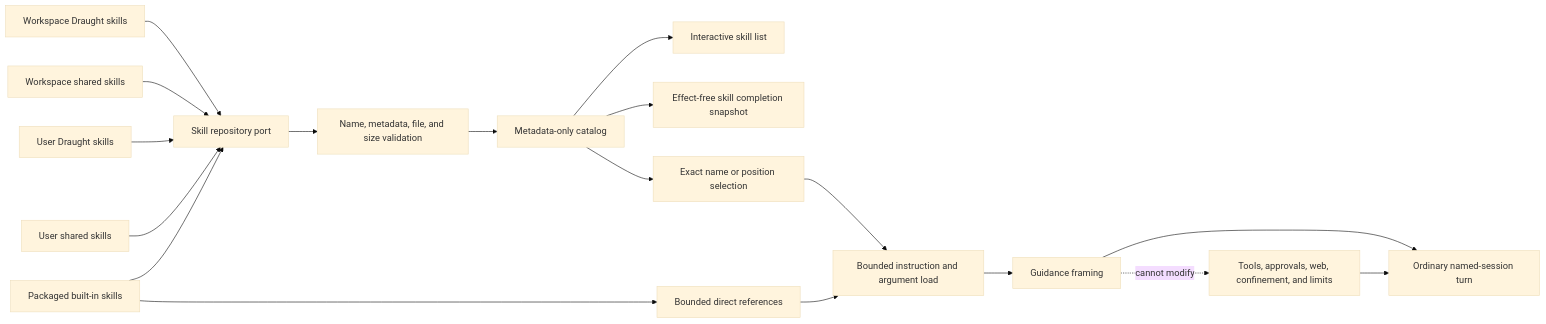
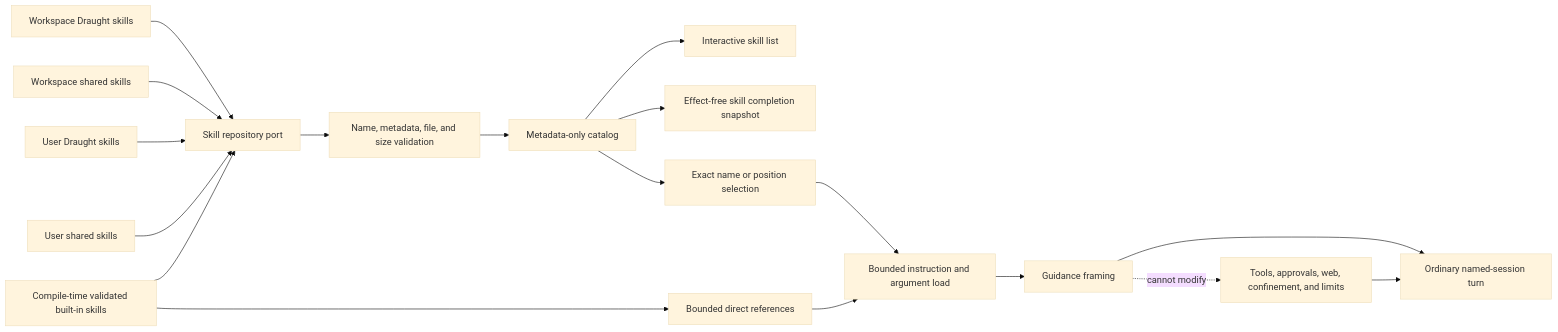
One commit to ccarvalho-eng/draught changed the sixth of 12 diagrams in docs/architecture.md. Above: the diagram before and after it, drawn with Mermaid (base theme). The commit also changed other lines of this file and 25 other files, not shown here.

Commit message:
fix(skills): embed packaged catalog

````diff
--- a/docs/architecture.md
+++ b/docs/architecture.md
@@ -299,22 +299,22 @@
 ```mermaid
 flowchart LR
   WorkspaceDraught[Workspace Draught skills] --> Repository[Skill repository port]
   WorkspaceAgents[Workspace shared skills] --> Repository
   UserDraught[User Draught skills] --> Repository
   UserAgents[User shared skills] --> Repository
-  BuiltIn[Packaged built-in skills] --> Repository
+  BuiltIn[Compile-time validated built-in skills] --> Repository
 
   Repository --> Validation[Name, metadata, file, and size validation]
   Validation --> Catalog[Metadata-only catalog]
   Catalog --> List[Interactive skill list]
   Catalog --> Completion[Effect-free skill completion snapshot]
   Catalog --> Selection[Exact name or position selection]
   Selection --> Body[Bounded instruction and argument load]
   BuiltIn --> References[Bounded direct references]
   References --> Body
   Body --> Frame[Guidance framing]
   Frame --> Turn[Ordinary named-session turn]
 
   Authority[Tools, approvals, web, confinement, and limits] --> Turn
   Frame -. cannot modify .-> Authority
 ```
````
